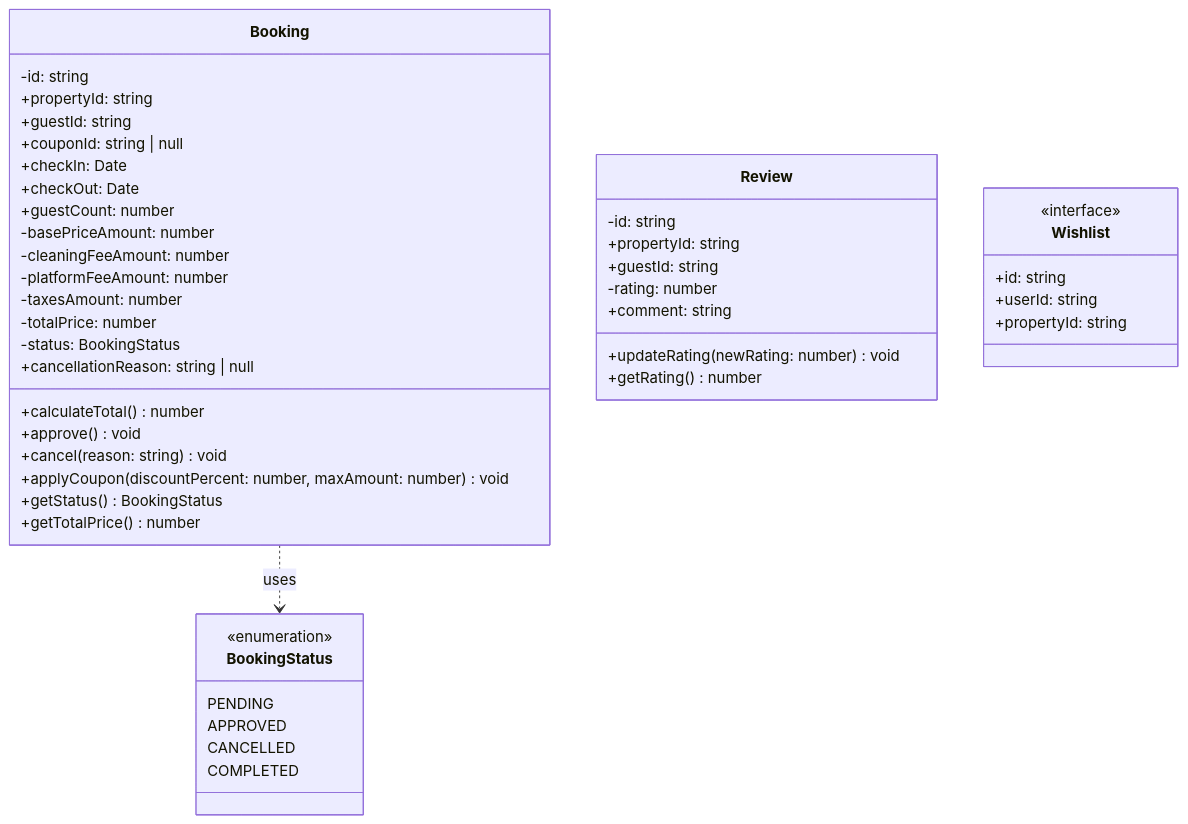
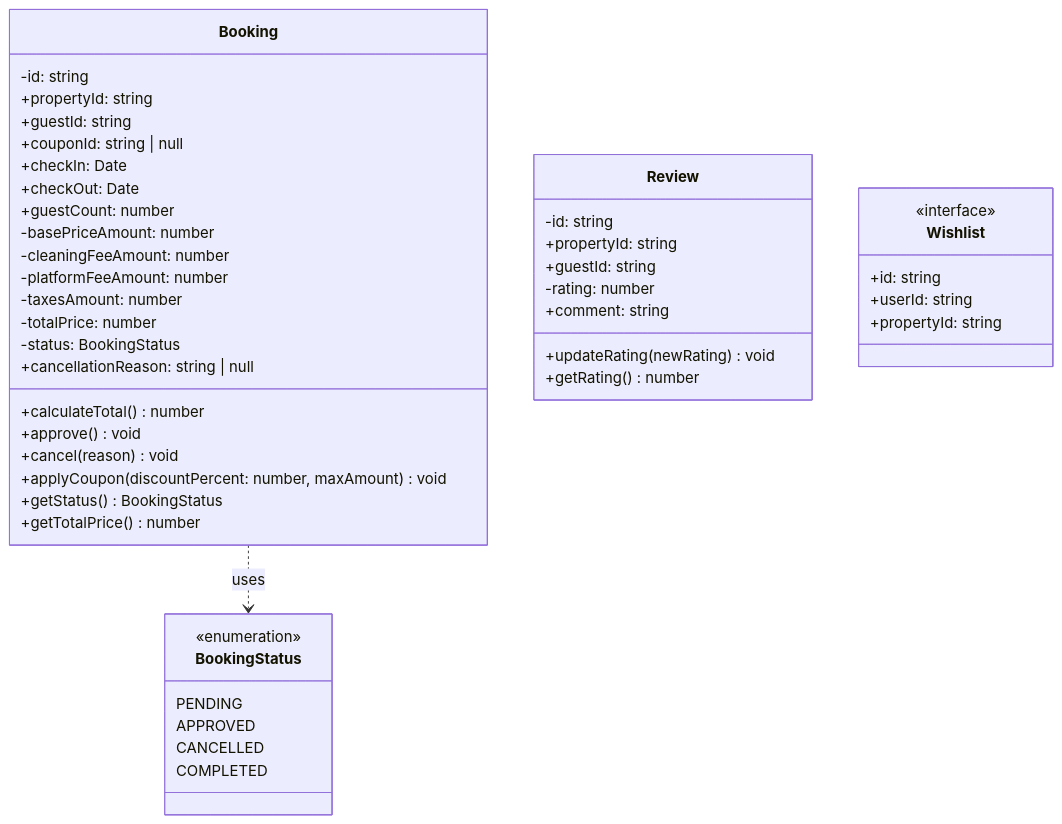
Before and after one commit to camilolayos54-dotcom/NosFuimosdeFinca: the diagram in docs/06-technical-design/05-class-&-entity-diagrams.md, drawn with Mermaid. The commit also changed other lines of this file and 24 other files, not shown here.

````diff
--- a/docs/06-technical-design/05-class-&-entity-diagrams.md
+++ b/docs/06-technical-design/05-class-&-entity-diagrams.md
@@ -18,54 +18,54 @@
 ```mermaid
 classDiagram
     class BookingStatus {
         <<enumeration>>
         PENDING
         APPROVED
         CANCELLED
         COMPLETED
     }
 
     class Booking {
         -id: string
         +propertyId: string
         +guestId: string
         +couponId: string | null
         +checkIn: Date
         +checkOut: Date
         +guestCount: number
         -basePriceAmount: number
         -cleaningFeeAmount: number
         -platformFeeAmount: number
         -taxesAmount: number
         -totalPrice: number
         -status: BookingStatus
         +cancellationReason: string | null
         
         +calculateTotal() number
         +approve() void
-        +cancel(reason: string) void
-        +applyCoupon(discountPercent: number, maxAmount: number) void
+        +cancel(reason) void
+        +applyCoupon(discountPercent: number, maxAmount) void
         +getStatus() BookingStatus
         +getTotalPrice() number
     }
 
     class Review {
         -id: string
         +propertyId: string
         +guestId: string
         -rating: number
         +comment: string
         
-        +updateRating(newRating: number) void
+        +updateRating(newRating) void
         +getRating() number
     }
 
     class Wishlist {
         <<interface>>
         +id: string
         +userId: string
         +propertyId: string
     }
 
     Booking ..> BookingStatus : uses
 ```
````
